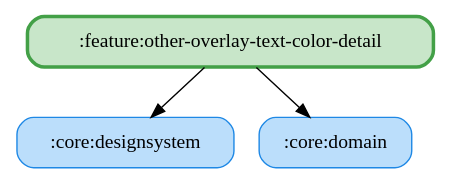
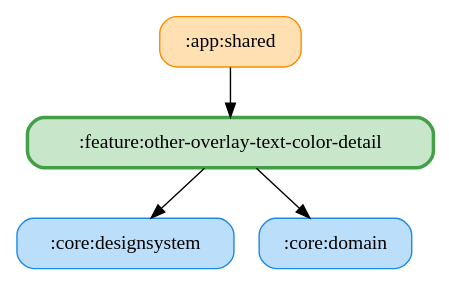
One commit to ai-kurou/KoDriver changed the diagram in docs/graphs/feature-other-overlay-text-color-detail.gv. Above: the diagram before and after it, drawn with Graphviz. The commit also changed 3 other files, not shown here.

Commit message:
chore: update module graph images

```diff
--- a/docs/graphs/feature-other-overlay-text-color-detail.gv
+++ b/docs/graphs/feature-other-overlay-text-color-detail.gv
@@ -1,9 +1,11 @@
 digraph G {
   rankdir=TB
   node [shape=box, style="rounded,filled"]
+  ":app:shared" [fillcolor="#FFE0B2", color="#FB8C00", penwidth=1]
   ":core:designsystem" [fillcolor="#BBDEFB", color="#1E88E5", penwidth=1]
   ":core:domain" [fillcolor="#BBDEFB", color="#1E88E5", penwidth=1]
   ":feature:other-overlay-text-color-detail" [fillcolor="#C8E6C9", color="#43A047", penwidth=2.5]
+  ":app:shared" -> ":feature:other-overlay-text-color-detail"
   ":feature:other-overlay-text-color-detail" -> ":core:domain"
   ":feature:other-overlay-text-color-detail" -> ":core:designsystem"
 }
```
